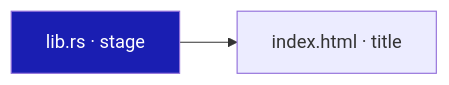
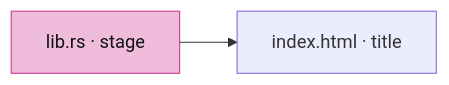
The fifth of 5 diagrams in session_viewer/docs/08-trimming.md (petrasvestartas/session), drawn with Mermaid before and after one commit. The commit also changed other lines of this file and 23 other files, not shown here.

Commit message:
Course: Mermaid nodes white with black text, highlighted nodes pink, white arrows and edge labels on the black ground

````diff
--- a/session_viewer/docs/08-trimming.md
+++ b/session_viewer/docs/08-trimming.md
@@ -71,5 +71,5 @@
 ```mermaid
 flowchart LR
     A["lib.rs · stage"] --> B["index.html · title"]
-    style A fill:#1a1eb2,color:#fff
+    style A fill:#f0bcdb,stroke:#ce4095,color:#111
 ```
````
